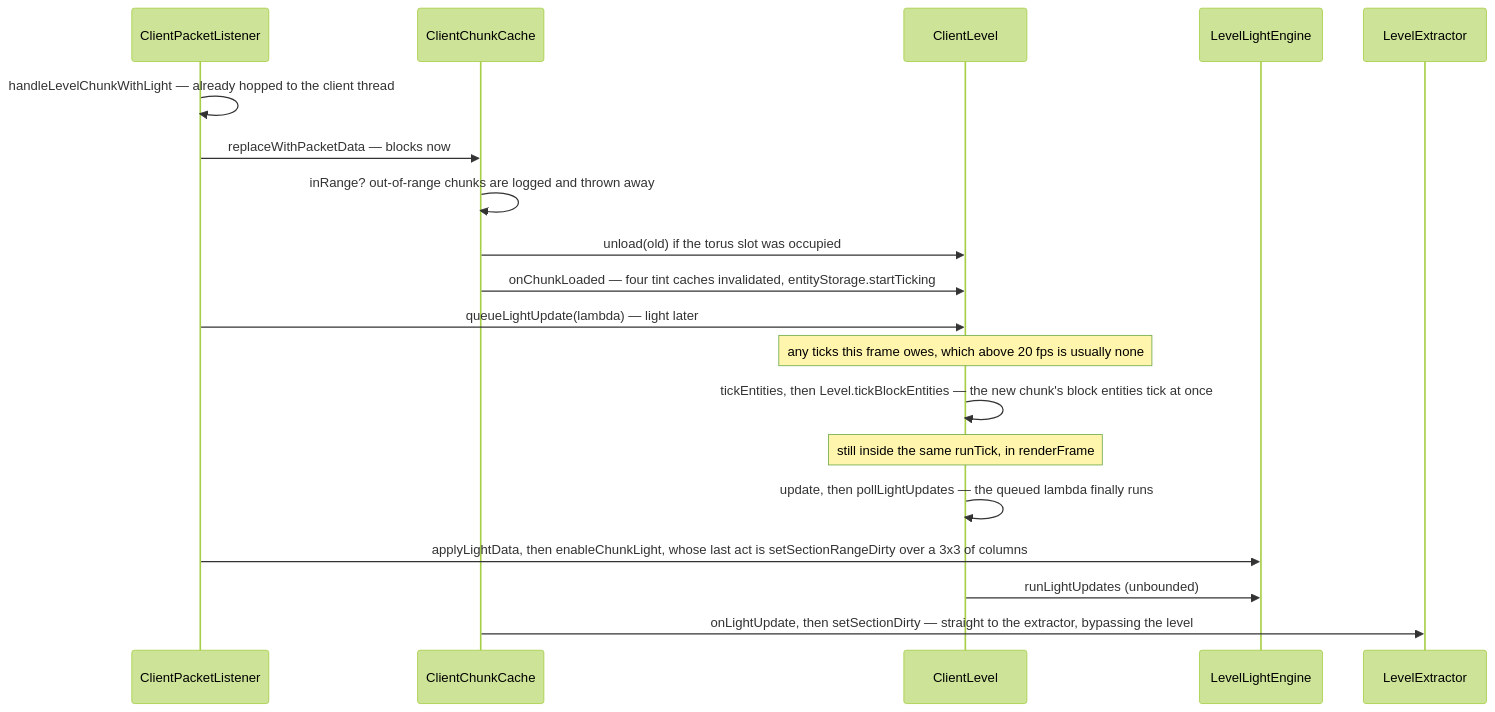
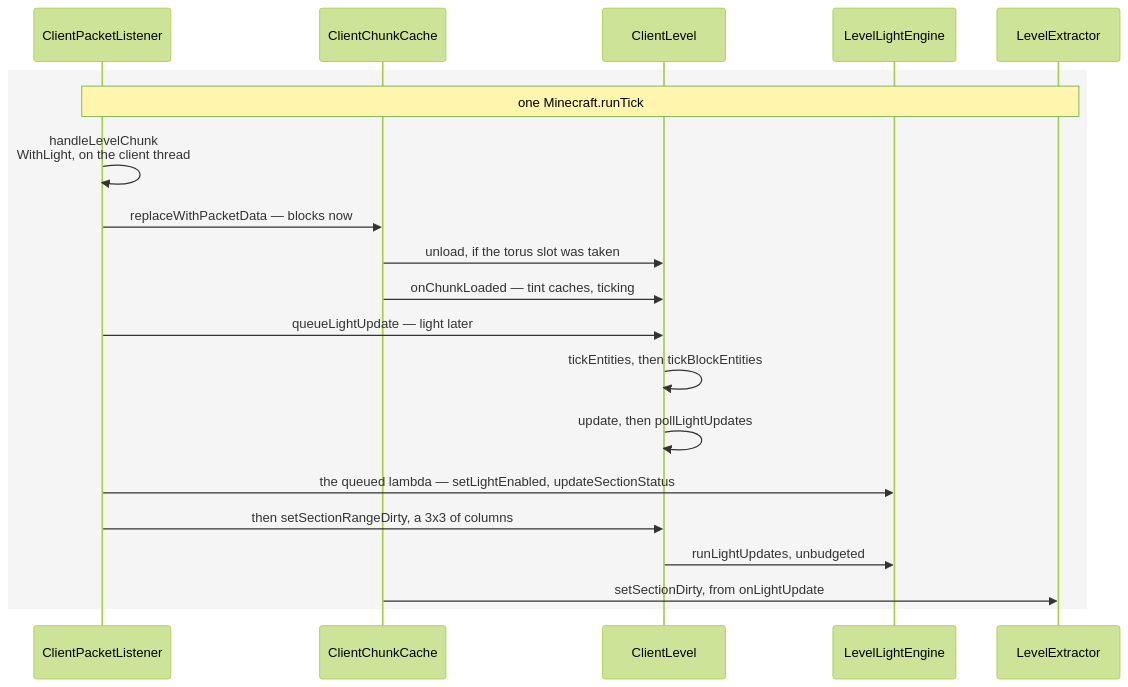
The diagram in src/systems/client/the-client-level.md (AlexanderjFraser/MinecraftDocs), drawn with Mermaid (forest theme) before and after one commit. The commit also changed other lines of this file and 18 other files, not shown here.

````diff
--- a/src/systems/client/the-client-level.md
+++ b/src/systems/client/the-client-level.md
@@ -115,22 +118,23 @@
 ```mermaid
 sequenceDiagram
     participant CPL as ClientPacketListener
     participant CCC as ClientChunkCache
     participant CL as ClientLevel
     participant LLE as LevelLightEngine
     participant LX as LevelExtractor
 
-    CPL->>CPL: handleLevelChunkWithLight — already hopped to the client thread
+    rect rgba(0, 0, 0, 0.04)
+    Note over CPL,LX: one Minecraft.runTick
+    CPL->>CPL: handleLevelChunk<br/>WithLight, on the client thread
     CPL->>CCC: replaceWithPacketData — blocks now
-    CCC->>CCC: inRange? out-of-range chunks are logged and thrown away
-    CCC->>CL: unload(old) if the torus slot was occupied
-    CCC->>CL: onChunkLoaded — four tint caches invalidated, entityStorage.startTicking
-    CPL->>CL: queueLightUpdate(lambda) — light later
-    Note over CL: any ticks this frame owes, which above 20 fps is usually none
-    CL->>CL: tickEntities, then Level.tickBlockEntities — the new chunk's block entities tick at once
-    Note over CL: still inside the same runTick, in renderFrame
-    CL->>CL: update, then pollLightUpdates — the queued lambda finally runs
-    CPL->>LLE: applyLightData, then enableChunkLight, whose last act is setSectionRangeDirty over a 3x3 of columns
-    CL->>LLE: runLightUpdates (unbounded)
-    CCC->>LX: onLightUpdate, then setSectionDirty — straight to the extractor, bypassing the level
+    CCC->>CL: unload, if the torus slot was taken
+    CCC->>CL: onChunkLoaded — tint caches, ticking
+    CPL->>CL: queueLightUpdate — light later
+    CL->>CL: tickEntities, then tickBlockEntities
+    CL->>CL: update, then pollLightUpdates
+    CPL->>LLE: the queued lambda — setLightEnabled, updateSectionStatus
+    CPL->>CL: then setSectionRangeDirty, a 3x3 of columns
+    CL->>LLE: runLightUpdates, unbudgeted
+    CCC->>LX: setSectionDirty, from onLightUpdate
+    end
 ```
````
